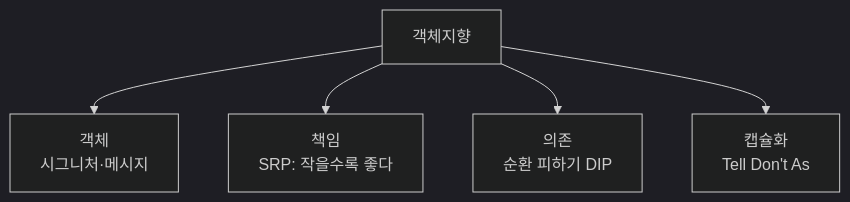
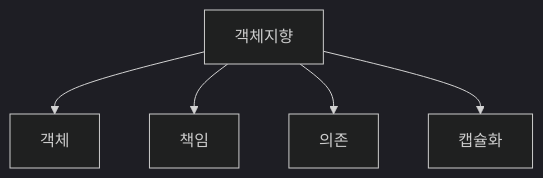
One commit to yjkim2015/yjkim2015.github.io changed the eighth of 8 diagrams in _posts/java/2021-10-09-java-objects1.md. Above: the diagram before and after it, drawn with Mermaid (dark theme). The commit also changed other lines of this file and 217 other files, not shown here.

First line of the commit message:
Mermaid 크기 수정: useMaxWidth:true + SVG max-width:100% + 라벨 축소

````diff
--- a/_posts/java/2021-10-09-java-objects1.md
+++ b/_posts/java/2021-10-09-java-objects1.md
@@ -254,7 +254,7 @@
 ```mermaid
 graph TD
-    A["객체지향"] --> B["객체\n시그니처·메시지"]
-    A --> C["책임\nSRP: 작을수록 좋다"]
-    A --> D["의존\n순환 피하기 DIP"]
-    A --> E["캡슐화\nTell Don't As"]
+    A["객체지향"] --> B["객체"]
+    A --> C["책임"]
+    A --> D["의존"]
+    A --> E["캡슐화"]
 ```
````
